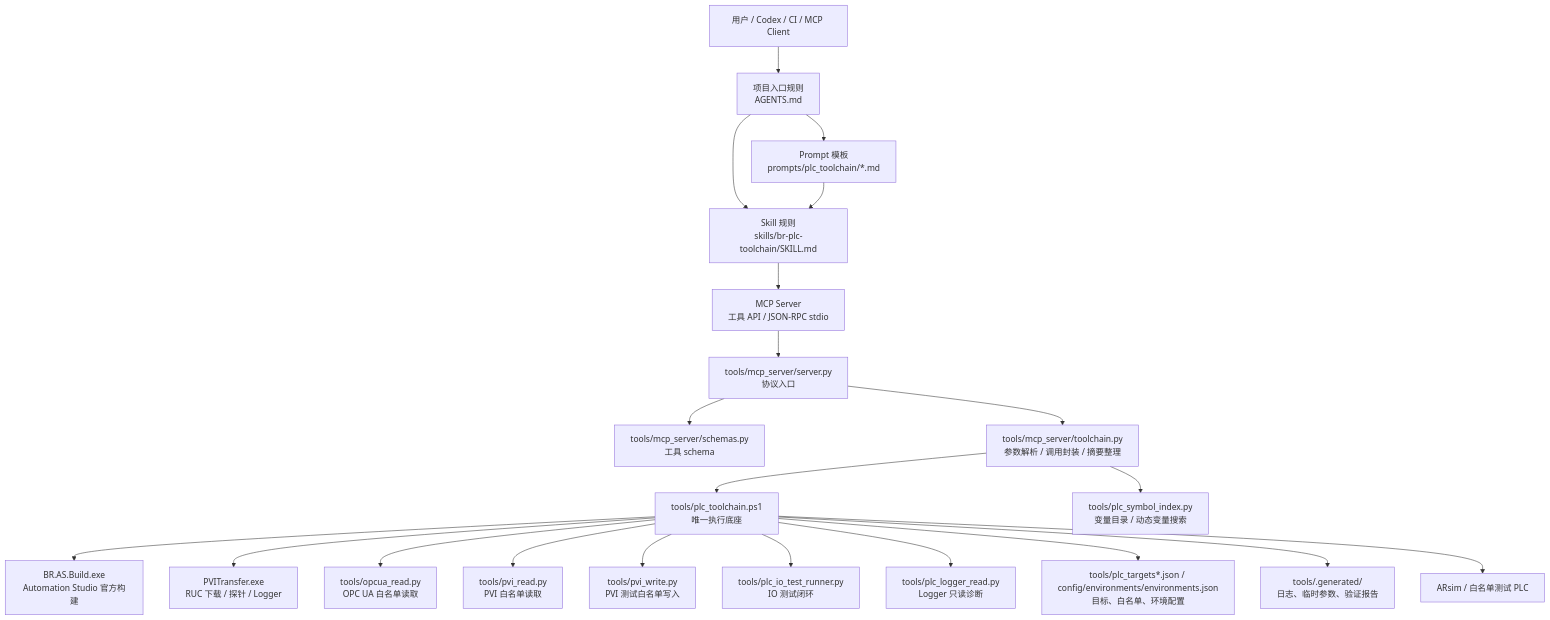
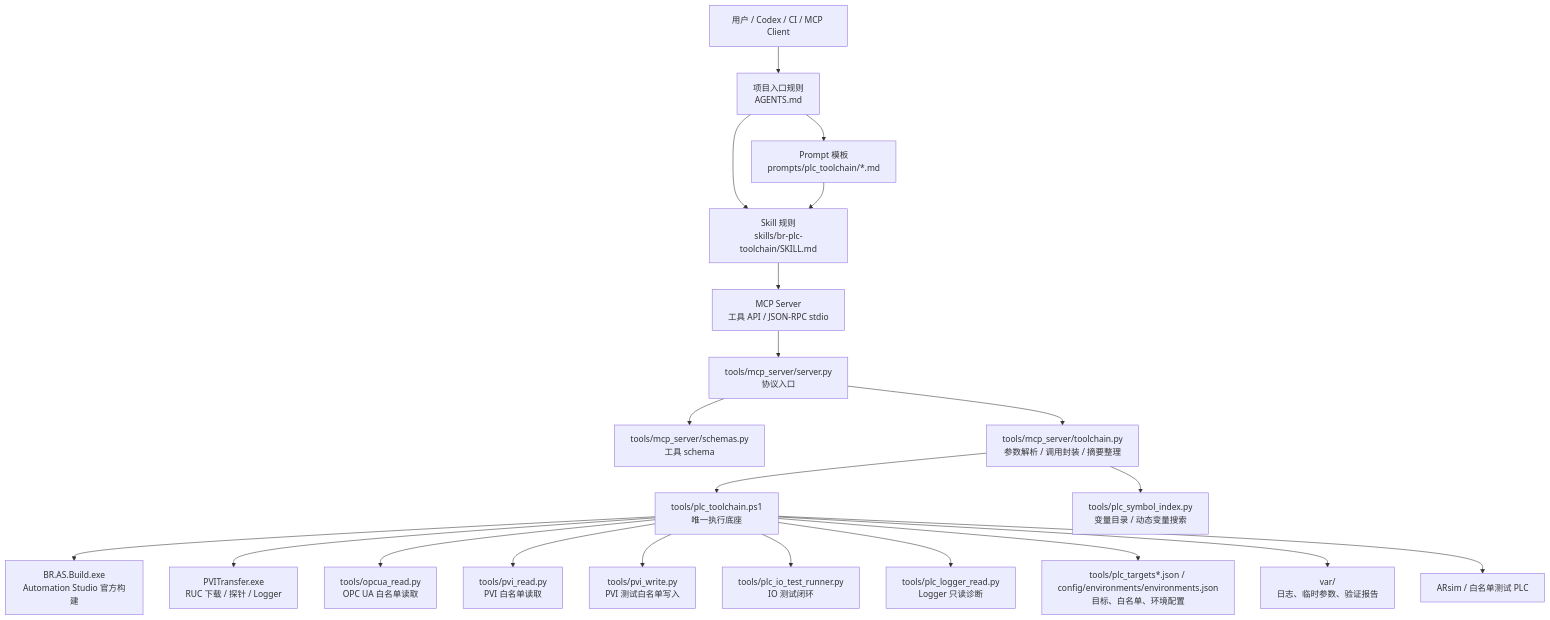
One commit to cwjwudi/br_device_autodev changed the diagram in docs/PLC_TOOLCHAIN_CALL_HIERARCHY.md. Above: the diagram before and after it, drawn with Mermaid. The commit also changed other lines of this file and 25 other files, not shown here.

Commit message:
refactor(runtime): move generated state out of tools

````diff
--- a/docs/PLC_TOOLCHAIN_CALL_HIERARCHY.md
+++ b/docs/PLC_TOOLCHAIN_CALL_HIERARCHY.md
@@ -11,23 +11,23 @@
 ```mermaid
 flowchart TD
     User["用户 / Codex / CI / MCP Client"] --> Agents["项目入口规则\nAGENTS.md"]
     Agents --> Prompt["Prompt 模板\nprompts/plc_toolchain/*.md"]
     Agents --> Skill["Skill 规则\nskills/br-plc-toolchain/SKILL.md"]
     Prompt --> Skill
     Skill --> MCP["MCP Server\n工具 API / JSON-RPC stdio"]
     MCP --> MCPServer["tools/mcp_server/server.py\n协议入口"]
     MCPServer --> Schemas["tools/mcp_server/schemas.py\n工具 schema"]
     MCPServer --> Wrapper["tools/mcp_server/toolchain.py\n参数解析 / 调用封装 / 摘要整理"]
     Wrapper --> CLI["tools/plc_toolchain.ps1\n唯一执行底座"]
     CLI --> ASBuild["BR.AS.Build.exe\nAutomation Studio 官方构建"]
     CLI --> PVITransfer["PVITransfer.exe\nRUC 下载 / 探针 / Logger"]
     CLI --> OpcUa["tools/opcua_read.py\nOPC UA 白名单读取"]
     CLI --> PviRead["tools/pvi_read.py\nPVI 白名单读取"]
     CLI --> PviWrite["tools/pvi_write.py\nPVI 测试白名单写入"]
     CLI --> IoRunner["tools/plc_io_test_runner.py\nIO 测试闭环"]
     CLI --> Logger["tools/plc_logger_read.py\nLogger 只读诊断"]
     Wrapper --> SymbolIndex["tools/plc_symbol_index.py\n变量目录 / 动态变量搜索"]
     CLI --> Config["tools/plc_targets*.json / config/environments/environments.json\n目标、白名单、环境配置"]
-    CLI --> Reports["tools/.generated/\n日志、临时参数、验证报告"]
+    CLI --> Reports["var/\n日志、临时参数、验证报告"]
     CLI --> PLC["ARsim / 白名单测试 PLC"]
 ```
````
